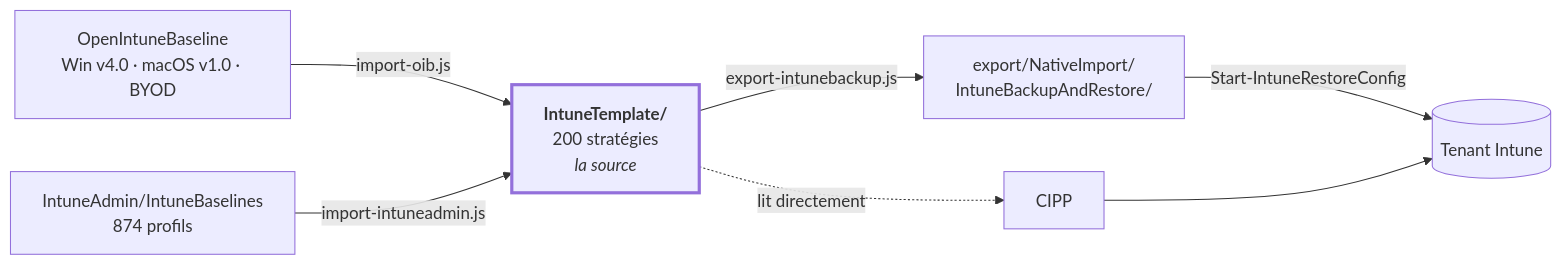
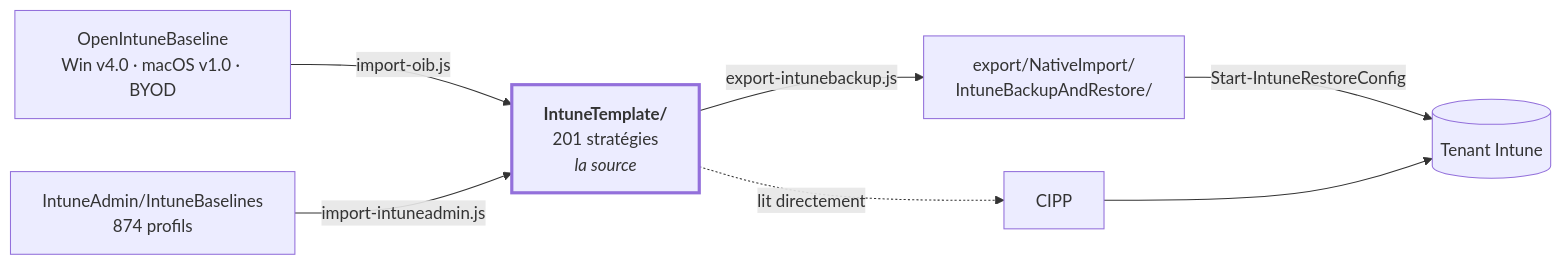
Before and after one commit to sjkanon/IntuneBackup: the diagram in README.fr.md, drawn with Mermaid. The commit also changed other lines of this file and 22 other files, not shown here.

````diff
--- a/README.fr.md
+++ b/README.fr.md
@@ -20,17 +20,17 @@
 ```mermaid
 flowchart LR
   OIB["OpenIntuneBaseline<br/>Win v4.0 · macOS v1.0 · BYOD"]
-  T["<b>IntuneTemplate/</b><br/>200 stratégies<br/><i>la source</i>"]
+  T["<b>IntuneTemplate/</b><br/>201 stratégies<br/><i>la source</i>"]
   EX["export/NativeImport/<br/>IntuneBackupAndRestore/"]
   TENANT[("Tenant Intune")]
 
   OIB -->|import-oib.js| T
   T -->|export-intunebackup.js| EX
   T -.->|lit directement| CIPP[CIPP]
   EX -->|Start-IntuneRestoreConfig| TENANT
   CIPP --> TENANT
 
   IA["IntuneAdmin/IntuneBaselines<br/>874 profils"] -->|import-intuneadmin.js| T
 
   style T stroke-width:3px
 ```
````
